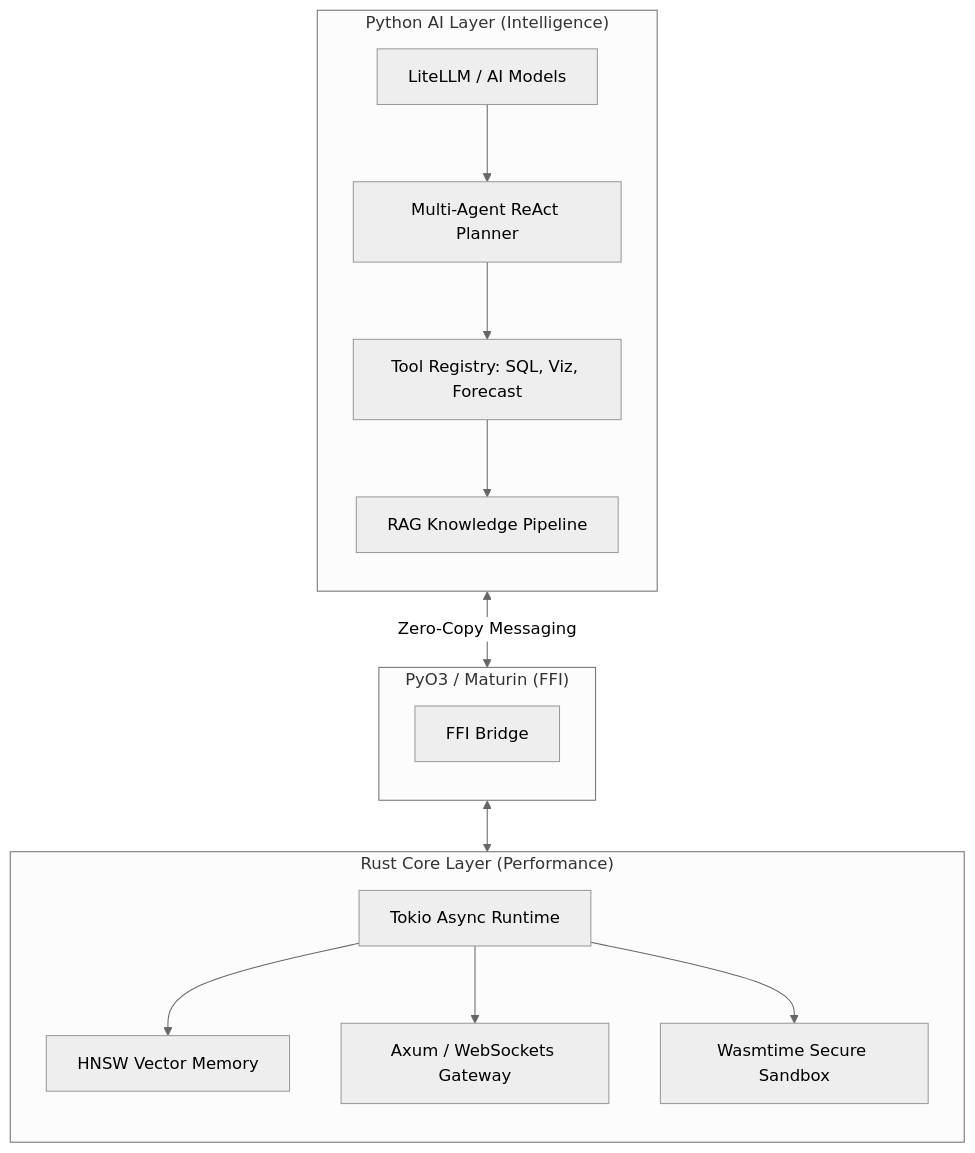
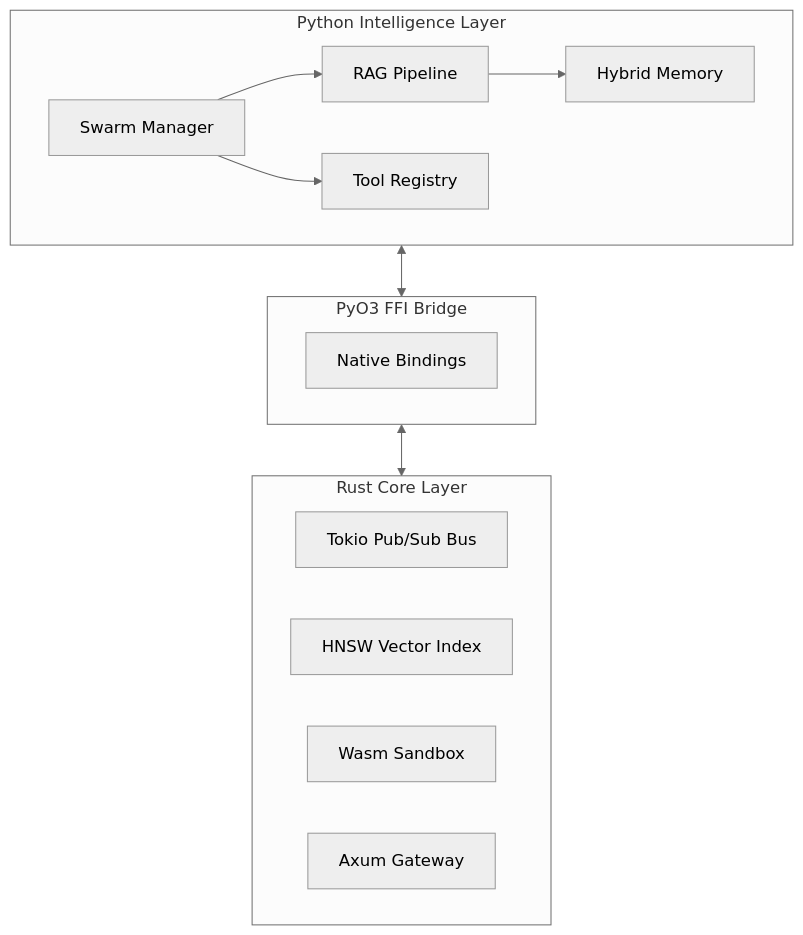
Before and after one commit to HakimIno/seahorse: the diagram in README.md, drawn with Mermaid (neutral theme). The commit also changed other lines of this file and 68 other files, not shown here.

````diff
--- a/README.md
+++ b/README.md
@@ -38,22 +55,21 @@
 ```mermaid
 graph TD
-    subgraph Python ["Python AI Layer (Intelligence)"]
-        direction TB
-        A[LiteLLM / AI Models] --> B[Multi-Agent ReAct Planner]
-        B --> C[Tool Registry: SQL, Viz, Forecast]
-        C --> D[RAG Knowledge Pipeline]
+    subgraph Python ["Python Intelligence Layer"]
+        A[Swarm Manager] --> B[RAG Pipeline]
+        B --> C[Hybrid Memory]
+        A --> D[Tool Registry]
     end
 
-    subgraph Bridge ["PyO3 / Maturin (FFI)"]
-        direction TB
-        B <-->|Zero-Copy Messaging| E["FFI Bridge"]
+    subgraph Bridge ["PyO3 FFI Bridge"]
+        E[Native Bindings]
     end
 
-    subgraph Rust ["Rust Core Layer (Performance)"]
-        direction TB
-        E <--> F[Tokio Async Runtime]
-        F --> G[HNSW Vector Memory]
-        F --> H[Axum / WebSockets Gateway]
-        F --> I[Wasmtime Secure Sandbox]
+    subgraph Rust ["Rust Core Layer"]
+        F[Tokio Pub/Sub Bus]
+        G[HNSW Vector Index]
+        H[Wasm Sandbox]
+        I[Axum Gateway]
     end
+
+    Python <--> Bridge <--> Rust
 ```
````
